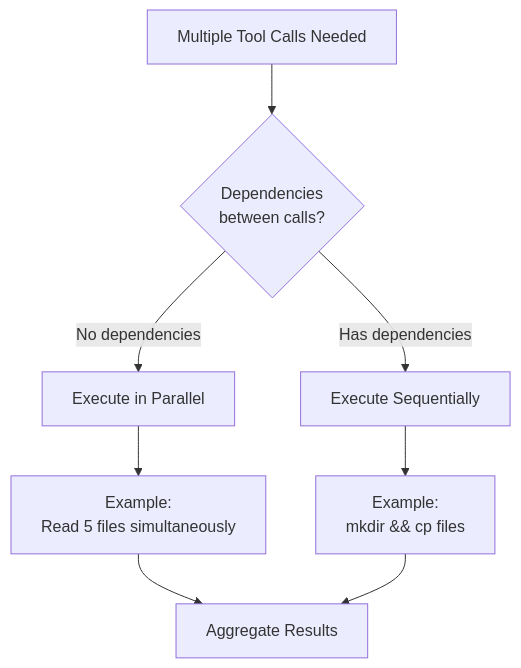
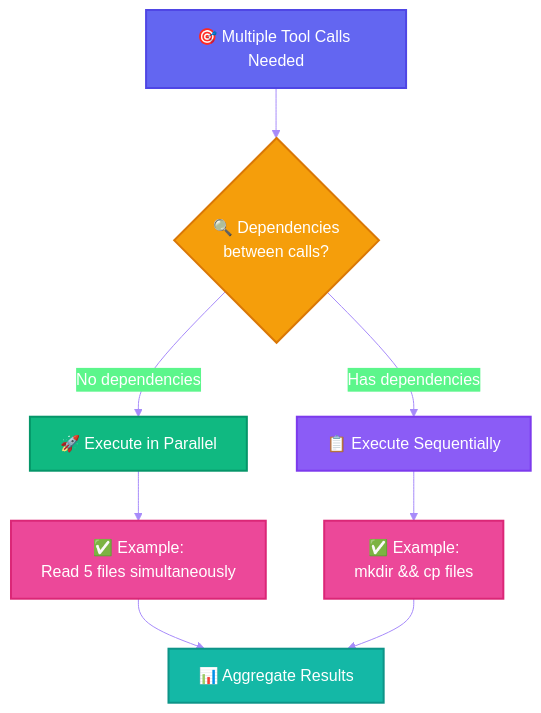
Before and after one commit to ThibautMelen/agentic-ai-systems: the second of 5 diagrams in patterns/03-parallel-tool-calling.md, drawn with Mermaid. The commit also changed other lines of this file and 7 other files, not shown here.

First line of the commit message:
style(diagrams): add vibrant colors to all Mermaid diagrams

````diff
--- a/patterns/03-parallel-tool-calling.md
+++ b/patterns/03-parallel-tool-calling.md
@@ -32,13 +36,21 @@
 ```mermaid
+%%{init: {'theme': 'base', 'themeVariables': { 'primaryColor': '#8b5cf6', 'primaryTextColor': '#ffffff', 'primaryBorderColor': '#7c3aed', 'lineColor': '#a78bfa'}}}%%
 flowchart TD
-    Start[Multiple Tool Calls Needed] --> Check{Dependencies<br/>between calls?}
+    Start[🎯 Multiple Tool Calls Needed]:::startNode --> Check{🔍 Dependencies<br/>between calls?}:::decisionNode
 
-    Check -->|No dependencies| Parallel[Execute in Parallel]
-    Check -->|Has dependencies| Sequential[Execute Sequentially]
+    Check -->|No dependencies| Parallel[🚀 Execute in Parallel]:::parallelNode
+    Check -->|Has dependencies| Sequential[📋 Execute Sequentially]:::seqNode
 
-    Parallel --> PE["Example:<br/>Read 5 files simultaneously"]
-    Sequential --> SE["Example:<br/>mkdir && cp files"]
+    Parallel --> PE["✅ Example:<br/>Read 5 files simultaneously"]:::exampleNode
+    Sequential --> SE["✅ Example:<br/>mkdir && cp files"]:::exampleNode
 
-    PE --> Done[Aggregate Results]
+    PE --> Done[📊 Aggregate Results]:::resultNode
     SE --> Done
+
+    classDef startNode fill:#6366f1,stroke:#4f46e5,stroke-width:2px,color:#ffffff
+    classDef decisionNode fill:#f59e0b,stroke:#d97706,stroke-width:2px,color:#ffffff
+    classDef parallelNode fill:#10b981,stroke:#059669,stroke-width:2px,color:#ffffff
+    classDef seqNode fill:#8b5cf6,stroke:#7c3aed,stroke-width:2px,color:#ffffff
+    classDef exampleNode fill:#ec4899,stroke:#db2777,stroke-width:2px,color:#ffffff
+    classDef resultNode fill:#14b8a6,stroke:#0d9488,stroke-width:2px,color:#ffffff
 ```
````
